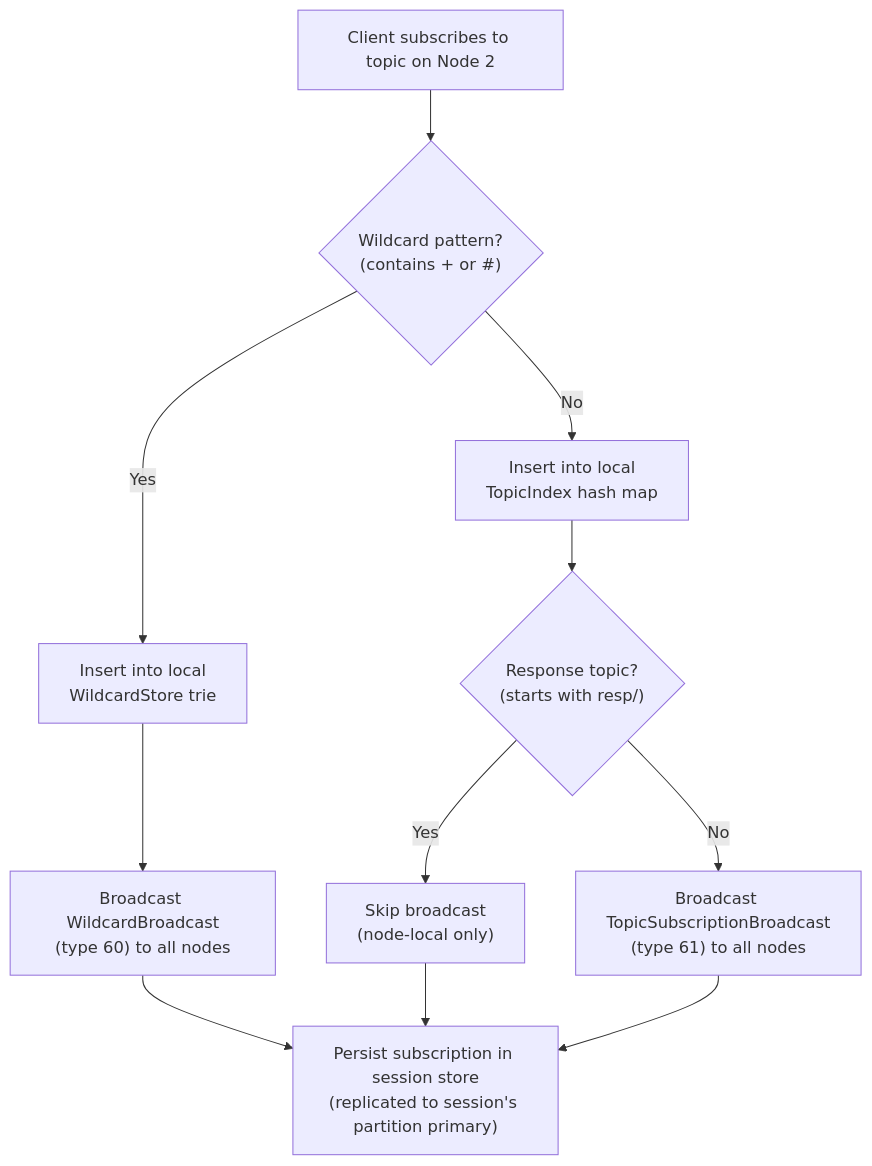
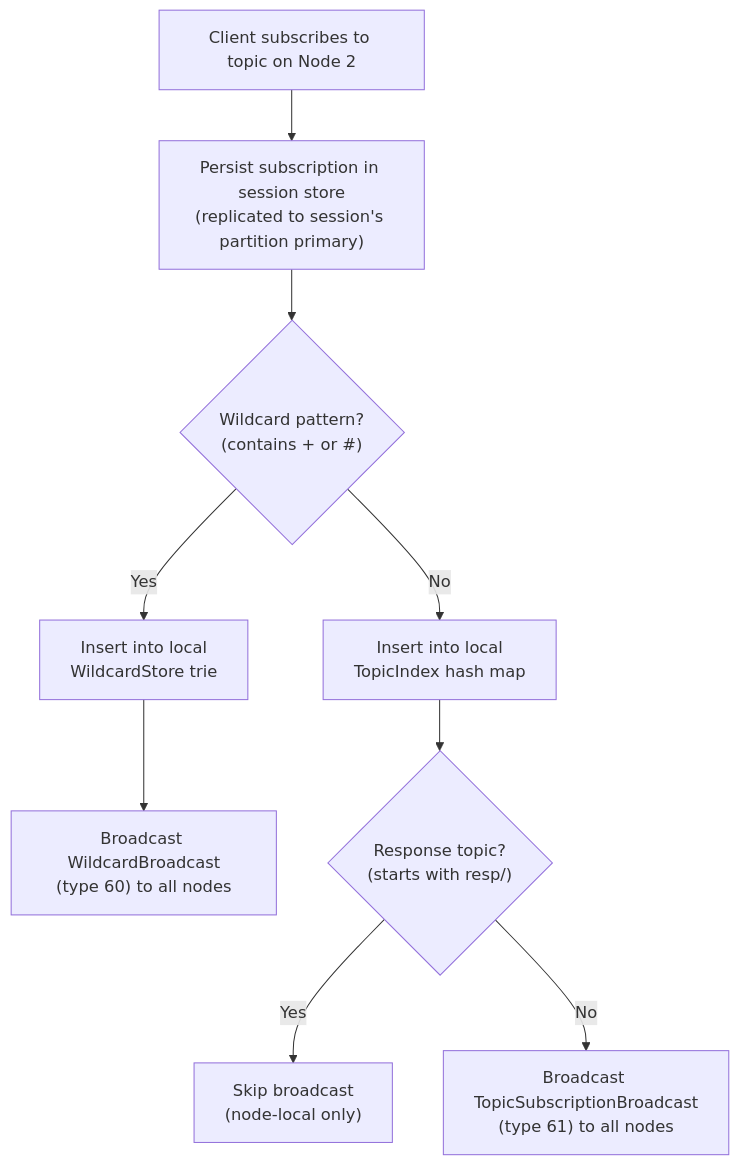
Before and after one commit to LabOverWire/MQDB: the first of 3 diagrams in book/chapters/ch08-cross-node-pubsub.md, drawn with Mermaid. The commit also changed 61 other files, not shown here.

````diff
--- a/book/chapters/ch08-cross-node-pubsub.md
+++ b/book/chapters/ch08-cross-node-pubsub.md
@@ -85,13 +85,11 @@
 ```mermaid
 flowchart TD
-    S["Client subscribes to topic on Node 2"] --> W{"Wildcard pattern?<br/>(contains + or #)"}
+    S["Client subscribes to topic on Node 2"] --> P["Persist subscription in session store<br/>(replicated to session's partition primary)"]
+    P --> W{"Wildcard pattern?<br/>(contains + or #)"}
     W -->|Yes| WT["Insert into local<br/>WildcardStore trie"]
     WT --> WB["Broadcast WildcardBroadcast<br/>(type 60) to all nodes"]
-    WB --> P
     W -->|No| TI["Insert into local<br/>TopicIndex hash map"]
     TI --> R{"Response topic?<br/>(starts with resp/)"}
     R -->|Yes| SK["Skip broadcast<br/>(node-local only)"]
     R -->|No| TB["Broadcast TopicSubscriptionBroadcast<br/>(type 61) to all nodes"]
-    SK --> P["Persist subscription in session store<br/>(replicated to session's partition primary)"]
-    TB --> P
 ```
````
